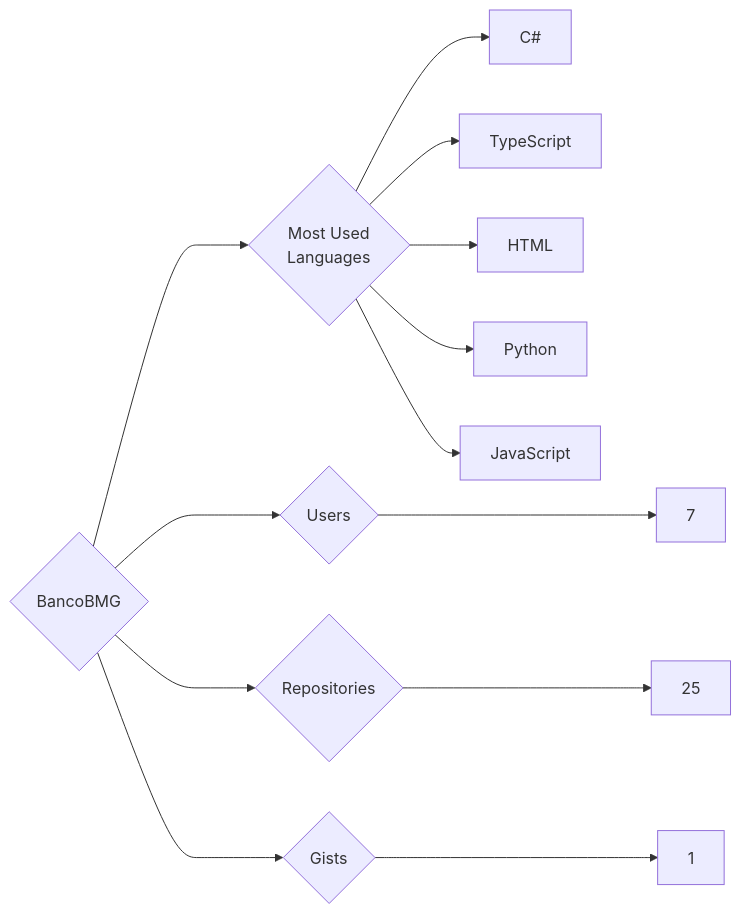
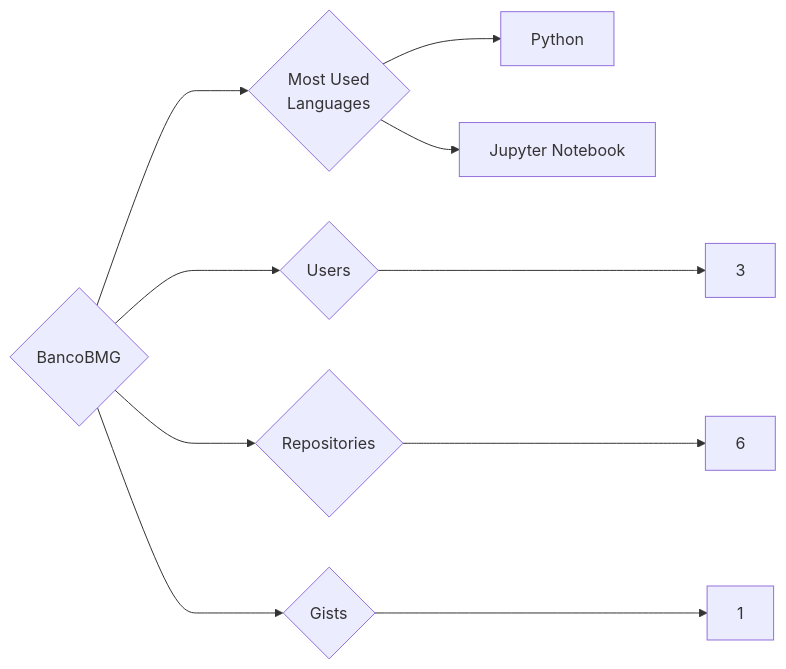
The diagram in targets/BancoBMG/README.md (trickest/insiders), drawn with Mermaid before and after one commit. The commit also changed 1020 other files, not shown here.

````diff
--- a/targets/BancoBMG/README.md
+++ b/targets/BancoBMG/README.md
@@ -3,13 +3,10 @@
 ```mermaid
 graph LR
 COMPANY_NAME{BancoBMG}
-COMPANY_NAME ---> U{Users} ---> UN[7]
-COMPANY_NAME ---> R{Repositories} ---> RN[25]
+COMPANY_NAME ---> U{Users} ---> UN[3]
+COMPANY_NAME ---> R{Repositories} ---> RN[6]
 COMPANY_NAME ---> G{Gists} ---> GN[1]
 COMPANY_NAME ---> ML{Most Used<br>Languages}
-ML --> C#[C#]
-ML --> TypeScript[TypeScript]
-ML --> HTML[HTML]
 ML --> Python[Python]
-ML --> JavaScript[JavaScript]
+ML --> Jupyter_Notebook[Jupyter Notebook]
 ```
````
